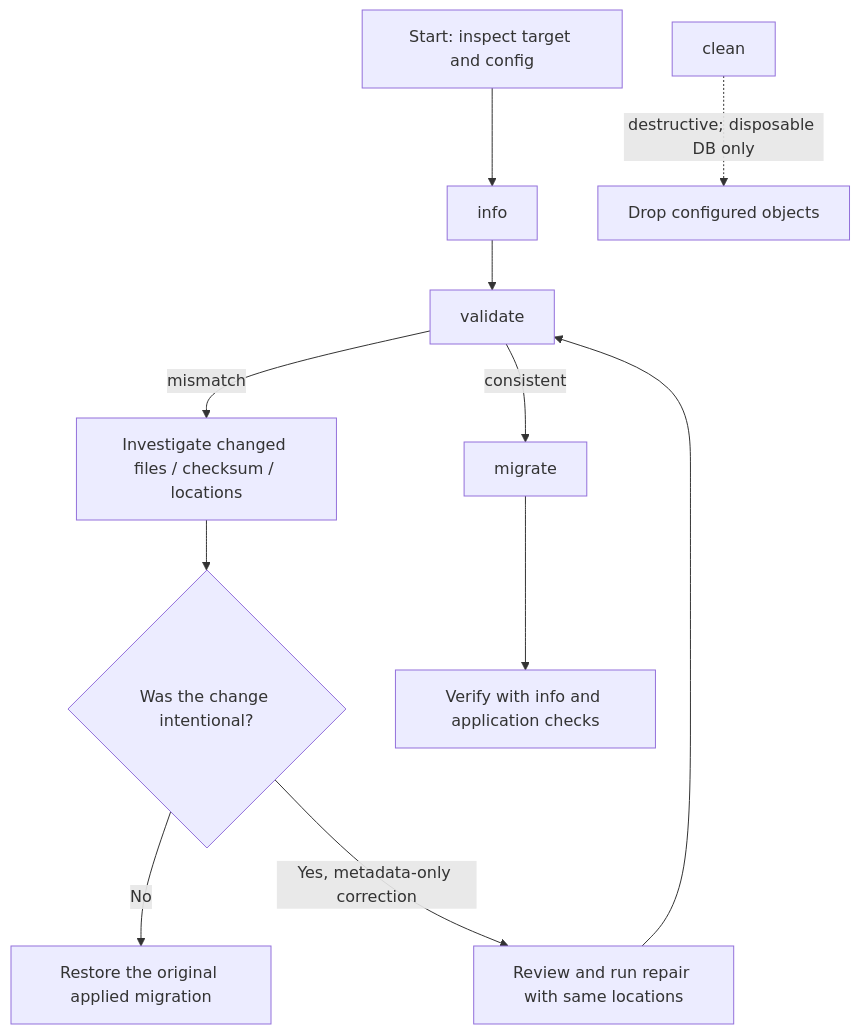
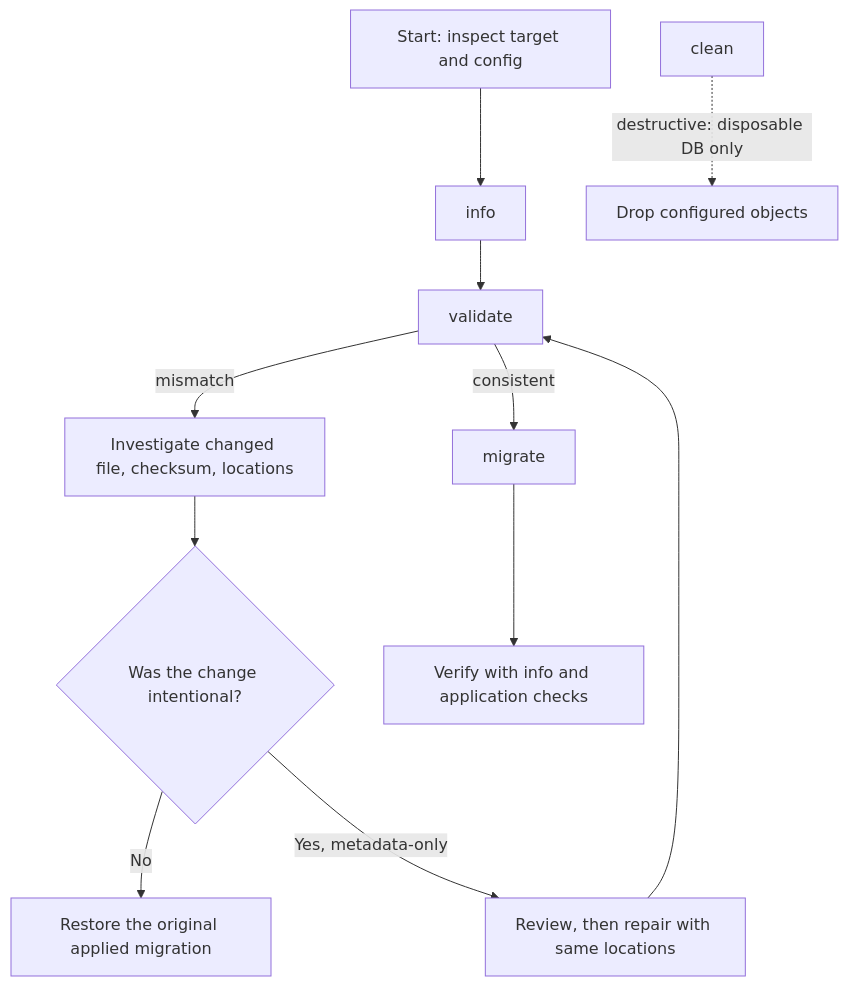
One commit to Yash-777/CodeTrove changed the fourth of 8 diagrams in src/data/topics/build-devops/database-migrations/flyway/content.md. Above: the diagram before and after it, drawn with Mermaid. The commit also changed other lines of this file, not shown here.

````diff
--- a/src/data/topics/build-devops/database-migrations/flyway/content.md
+++ b/src/data/topics/build-devops/database-migrations/flyway/content.md
@@ -190,13 +337,13 @@
 ```mermaid
 flowchart TD
   A[Start: inspect target and config] --> B[info]
   B --> C[validate]
   C -->|consistent| D[migrate]
-  C -->|mismatch| E[Investigate changed files / checksum / locations]
+  C -->|mismatch| E[Investigate changed file, checksum, locations]
   E --> F{Was the change intentional?}
   F -->|No| G[Restore the original applied migration]
-  F -->|Yes, metadata-only correction| H[Review and run repair with same locations]
+  F -->|Yes, metadata-only| H[Review, then repair with same locations]
   H --> C
   D --> I[Verify with info and application checks]
-  J[clean] -. destructive; disposable DB only .-> K[Drop configured objects]
+  J[clean] -.destructive: disposable DB only.-> K[Drop configured objects]
 ```
````
